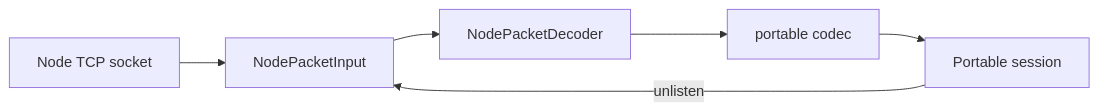
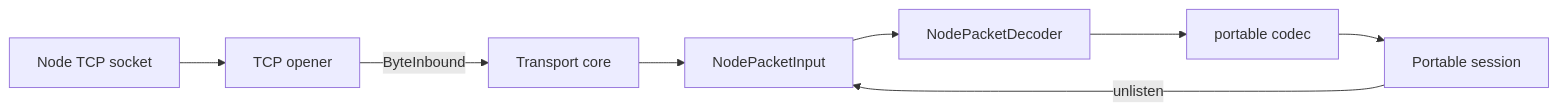
Before and after one commit to dvkam/mqtt: the diagram in docs/tcp-packet-input.md, drawn with Mermaid. The commit also changed other lines of this file and 1 other file, not shown here.

Commit message:
Describe the byte transport and the core in the docs
docs/byte-transport.md explains the private contract, what the core owns,
why the name sits on the transport and what the conformance suite covers.
The TCP packet guide now shows the opener and the core in its ownership
diagram and says the core performs teardown.

````diff
--- a/docs/tcp-packet-input.md
+++ b/docs/tcp-packet-input.md
@@ -33,8 +33,10 @@
 ```mermaid
 flowchart LR
-  Socket[Node TCP socket] --> Input[NodePacketInput]
+  Socket[Node TCP socket] --> Opener[TCP opener]
+  Opener -->|ByteInbound| Transport[Transport core]
+  Transport --> Input[NodePacketInput]
   Input --> Decoder[NodePacketDecoder]
   Decoder --> Native[portable codec]
   Native --> Core[Portable session]
   Core -->|unlisten| Input
 ```
````
